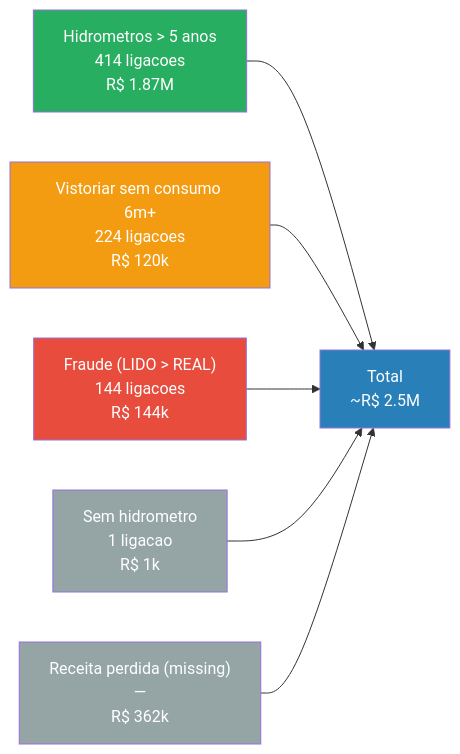
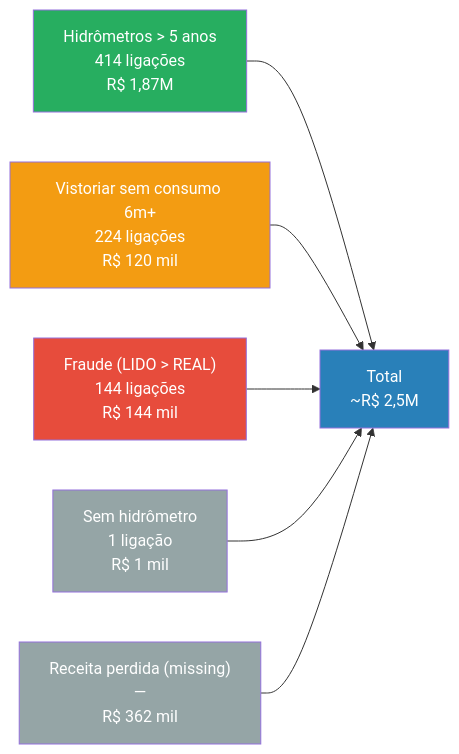
The sixth of 6 diagrams in README.md (cavalcanteprofissional/sanova-micromedicao-dashboard), drawn with Mermaid before and after one commit. The commit also changed other lines of this file, not shown here.

````diff
--- a/README.md
+++ b/README.md
@@ -282,21 +282,21 @@
 ```mermaid
 flowchart LR
-    A["Hidrometros > 5 anos\n414 ligacoes\nR$ 1.87M"]
-    B["Vistoriar sem consumo 6m+\n224 ligacoes\nR$ 120k"]
-    C["Fraude (LIDO > REAL)\n144 ligacoes\nR$ 144k"]
-    D["Sem hidrometro\n1 ligacao\nR$ 1k"]
-    E["Receita perdida (missing)\n—\nR$ 362k"]
+    A["Hidrômetros > 5 anos\n414 ligações\nR$ 1,87M"]
+    B["Vistoriar sem consumo 6m+\n224 ligações\nR$ 120 mil"]
+    C["Fraude (LIDO > REAL)\n144 ligações\nR$ 144 mil"]
+    D["Sem hidrômetro\n1 ligação\nR$ 1 mil"]
+    E["Receita perdida (missing)\n—\nR$ 362 mil"]
 
-    A --> TOTAL["Total\n~R$ 2.5M"]
+    A --> TOTAL["Total\n~R$ 2,5M"]
     B --> TOTAL
     C --> TOTAL
     D --> TOTAL
     E --> TOTAL
 
     style A fill:#27AE60,color:#fff
     style B fill:#f39c12,color:#fff
     style C fill:#E74C3C,color:#fff
     style D fill:#95A5A6,color:#fff
     style E fill:#95A5A6,color:#fff
     style TOTAL fill:#2980B9,color:#fff
 ```
````
